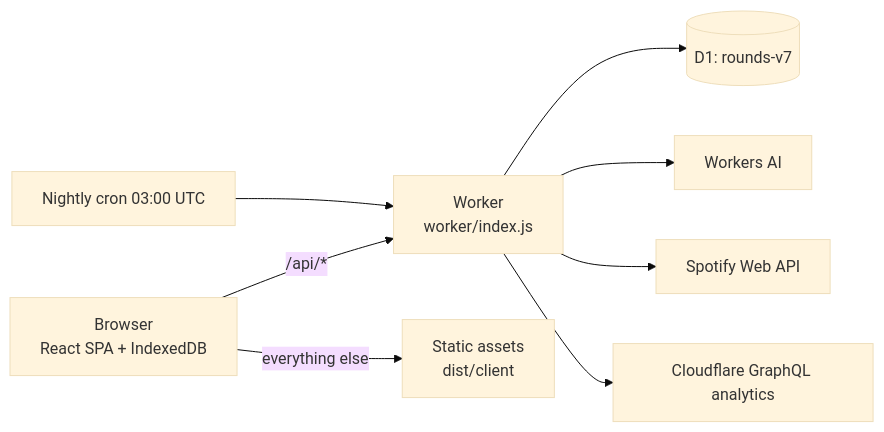
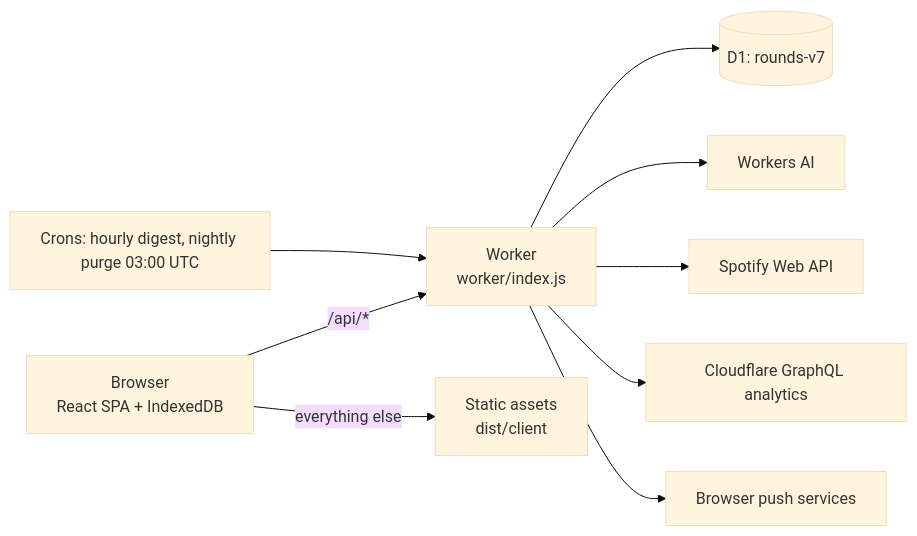
Before and after one commit to gvogas/medDashboard: the diagram in docs/PROJECT-OVERVIEW.md, drawn with Mermaid (base theme). The commit also changed other lines of this file and 3 other files, not shown here.

````diff
--- a/docs/PROJECT-OVERVIEW.md
+++ b/docs/PROJECT-OVERVIEW.md
@@ -51,10 +55,11 @@
 ```mermaid
 flowchart LR
   B[Browser<br/>React SPA + IndexedDB] -->|/api/*| W[Worker<br/>worker/index.js]
   B -->|everything else| A[Static assets<br/>dist/client]
   W --> D[(D1: rounds-v7)]
   W --> AI[Workers AI]
   W --> S[Spotify Web API]
   W --> CF[Cloudflare GraphQL analytics]
-  C[Nightly cron 03:00 UTC] --> W
+  C[Crons: hourly digest, nightly purge 03:00 UTC] --> W
+  W --> P[Browser push services]
 ```
````
